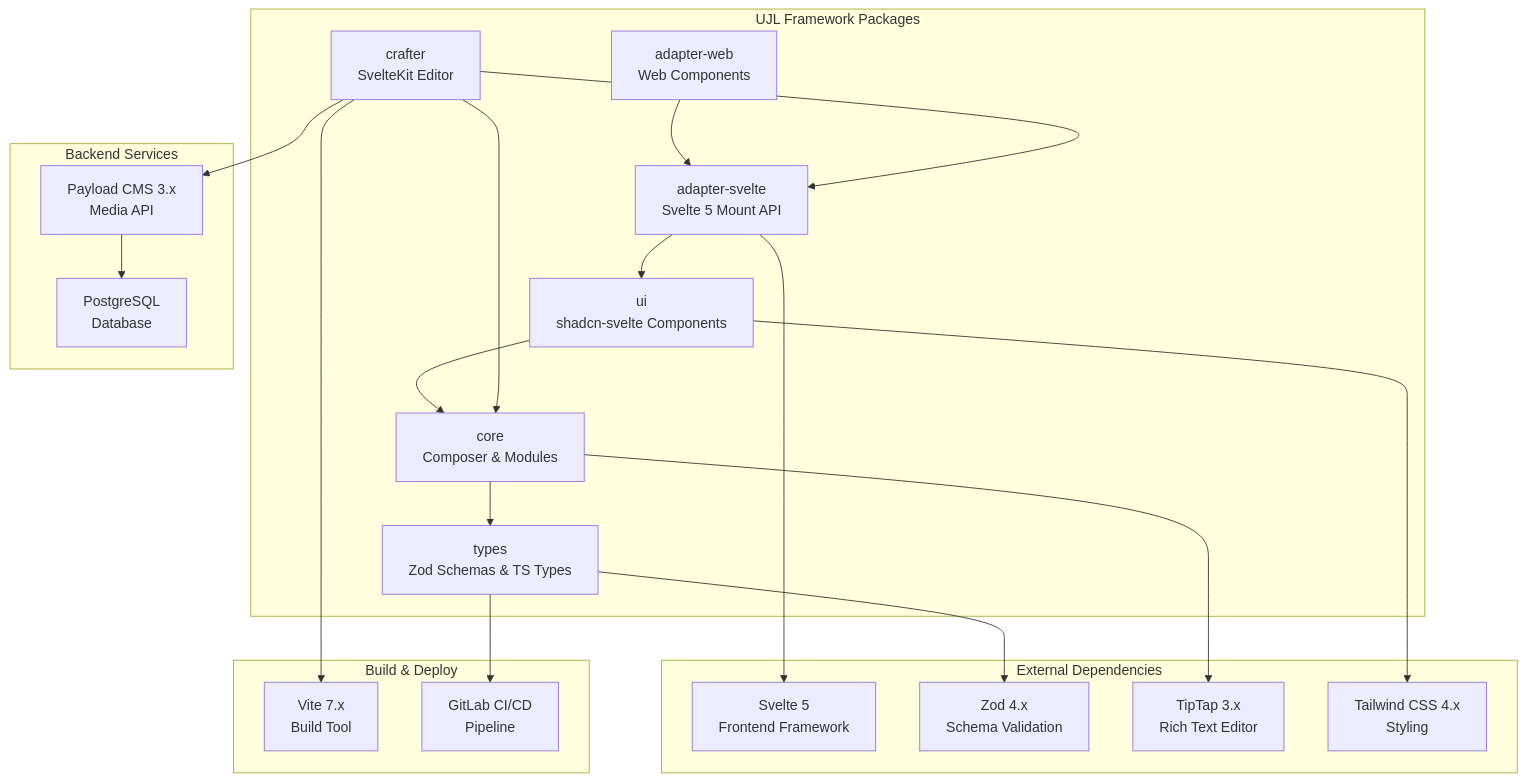
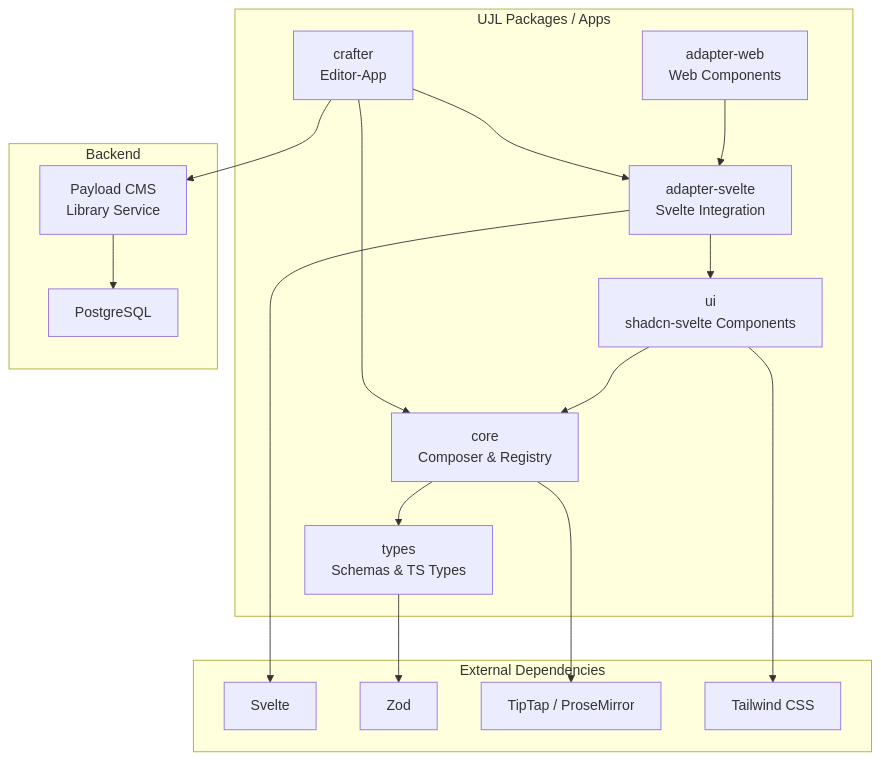
Before and after one commit to mainzcript/ujl: the second of 2 diagrams in apps/docs/src/arc42/03-context-and-scope.md, drawn with Mermaid. The commit also changed other lines of this file and 2 other files, not shown here.

Commit message:
refactor: streamline documentation for UJL framework, clarifying roles, interactions, and system boundaries

````diff
--- a/apps/docs/src/arc42/03-context-and-scope.md
+++ b/apps/docs/src/arc42/03-context-and-scope.md
@@ -236,45 +195,37 @@
 ```mermaid
 graph TB
-    subgraph "UJL Framework Packages"
-        Types[types<br/>Zod Schemas & TS Types]
-        Core[core<br/>Composer & Modules]
+    subgraph "UJL Packages / Apps"
+        Types[types<br/>Schemas & TS Types]
+        Core[core<br/>Composer & Registry]
         UI[ui<br/>shadcn-svelte Components]
-        AdapterSvelte[adapter-svelte<br/>Svelte 5 Mount API]
+        AdapterSvelte[adapter-svelte<br/>Svelte Integration]
         AdapterWeb[adapter-web<br/>Web Components]
-        Crafter[crafter<br/>SvelteKit Editor]
+        Crafter[crafter<br/>Editor-App]
     end
 
     subgraph "External Dependencies"
-        Svelte[Svelte 5<br/>Frontend Framework]
-        Zod[Zod 4.x<br/>Schema Validation]
-        TipTap[TipTap 3.x<br/>Rich Text Editor]
-        Tailwind[Tailwind CSS 4.x<br/>Styling]
+        Svelte[Svelte]
+        Zod[Zod]
+        TipTap[TipTap / ProseMirror]
+        Tailwind[Tailwind CSS]
     end
 
-    subgraph "Backend Services"
-        PayloadCMS[Payload CMS 3.x<br/>Media API]
-        PostgreSQL[PostgreSQL<br/>Database]
-    end
-
-    subgraph "Build & Deploy"
-        Vite[Vite 7.x<br/>Build Tool]
-        GitLabCI[GitLab CI/CD<br/>Pipeline]
+    subgraph "Backend"
+        PayloadCMS[Payload CMS<br/>Library Service]
+        PostgreSQL[PostgreSQL]
     end
 
     Types --> Zod
     Core --> Types
     UI --> Core
     AdapterSvelte --> UI
     AdapterSvelte --> Svelte
     AdapterWeb --> AdapterSvelte
     Crafter --> Core
     Crafter --> AdapterSvelte
     Crafter --> PayloadCMS
 
     UI --> Tailwind
     Core --> TipTap
     PayloadCMS --> PostgreSQL
-
-    Crafter --> Vite
-    Types --> GitLabCI
 ```
````
